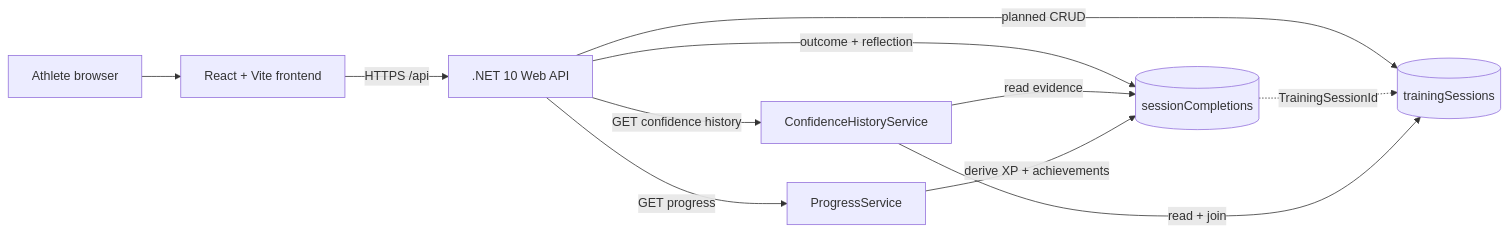
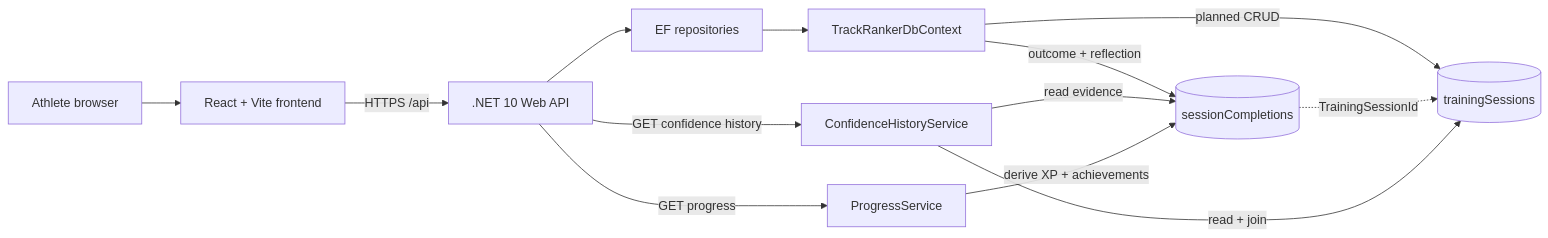
The diagram in specs/01-technical-architecture.md (AryanWalan/TrackRanker), drawn with Mermaid before and after one commit. The commit also changed other lines of this file and 23 other files, not shown here.

````diff
--- a/specs/01-technical-architecture.md
+++ b/specs/01-technical-architecture.md
@@ -27,13 +27,15 @@
 ```mermaid
 flowchart LR
     Athlete["Athlete browser"] --> Frontend["React + Vite frontend"]
     Frontend -->|"HTTPS /api"| API[".NET 10 Web API"]
-    API -->|"planned CRUD"| Sessions[("trainingSessions")]
-    API -->|"outcome + reflection"| Completions[("sessionCompletions")]
+    API --> Repositories["EF repositories"]
+    Repositories --> Context["TrackRankerDbContext"]
+    Context -->|"planned CRUD"| Sessions[("trainingSessions")]
+    Context -->|"outcome + reflection"| Completions[("sessionCompletions")]
     Completions -. "TrainingSessionId" .-> Sessions
     API -->|"GET confidence history"| Confidence["ConfidenceHistoryService"]
     Confidence -->|"read + join"| Sessions
     Confidence -->|"read evidence"| Completions
     API -->|"GET progress"| Progress["ProgressService"]
     Progress -->|"derive XP + achievements"| Completions
 ```
````
